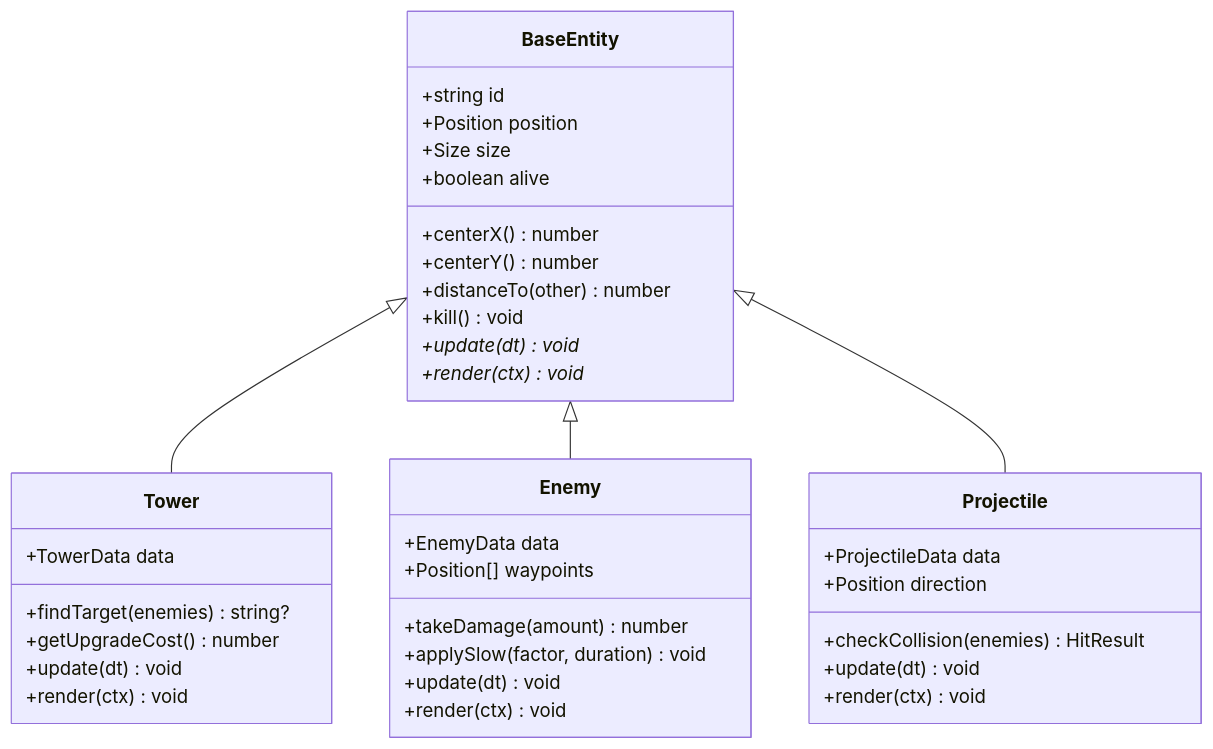
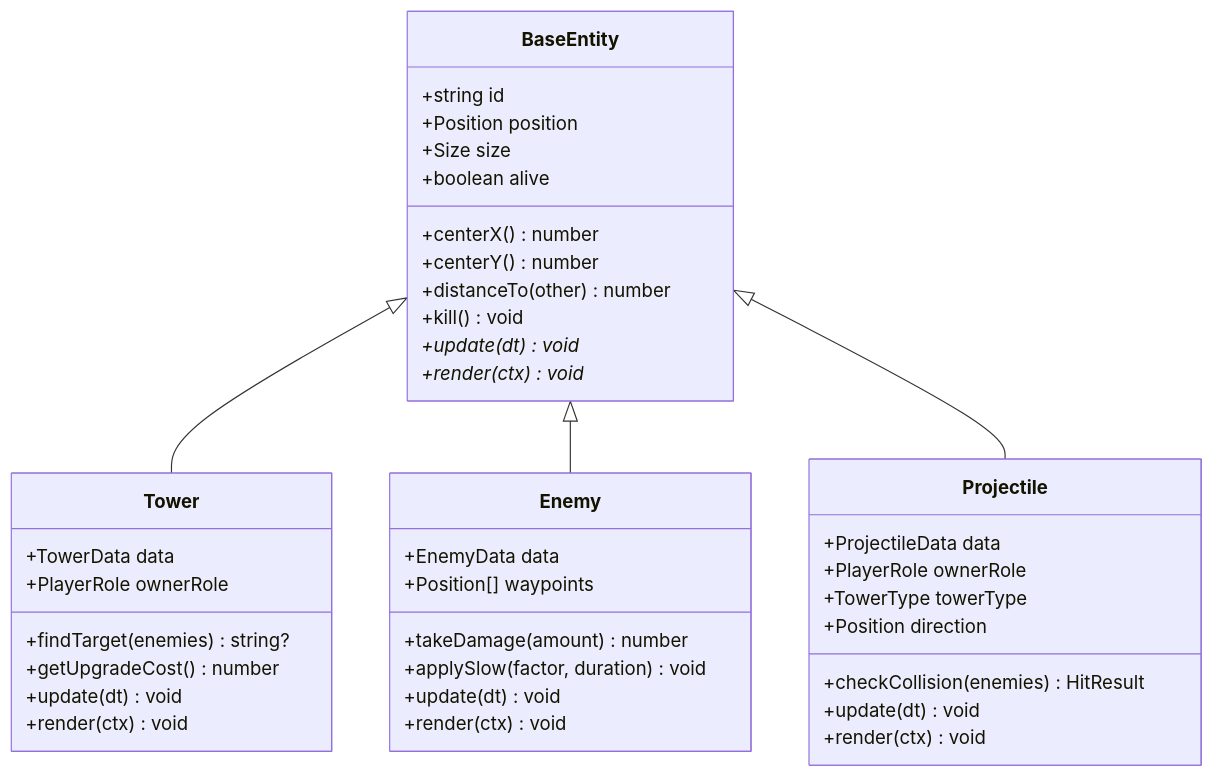
One commit to Bigshooter/ai-towerdefence changed the second of 5 diagrams in docs/architecture.md. Above: the diagram before and after it, drawn with Mermaid. The commit also changed other lines of this file, not shown here.

````diff
--- a/docs/architecture.md
+++ b/docs/architecture.md
@@ -107,44 +121,47 @@
 ```mermaid
 classDiagram
     class BaseEntity {
         +string id
         +Position position
         +Size size
         +boolean alive
         +centerX() number
         +centerY() number
         +distanceTo(other) number
         +kill() void
         +update(dt)* void
         +render(ctx)* void
     }
 
     class Tower {
         +TowerData data
+      +PlayerRole ownerRole
         +findTarget(enemies) string?
         +getUpgradeCost() number
         +update(dt) void
         +render(ctx) void
     }
 
     class Enemy {
         +EnemyData data
         +Position[] waypoints
         +takeDamage(amount) number
         +applySlow(factor, duration) void
         +update(dt) void
         +render(ctx) void
     }
 
     class Projectile {
         +ProjectileData data
+      +PlayerRole ownerRole
+      +TowerType towerType
         +Position direction
         +checkCollision(enemies) HitResult
         +update(dt) void
         +render(ctx) void
     }
 
     BaseEntity <|-- Tower
     BaseEntity <|-- Enemy
     BaseEntity <|-- Projectile
 ```
````
